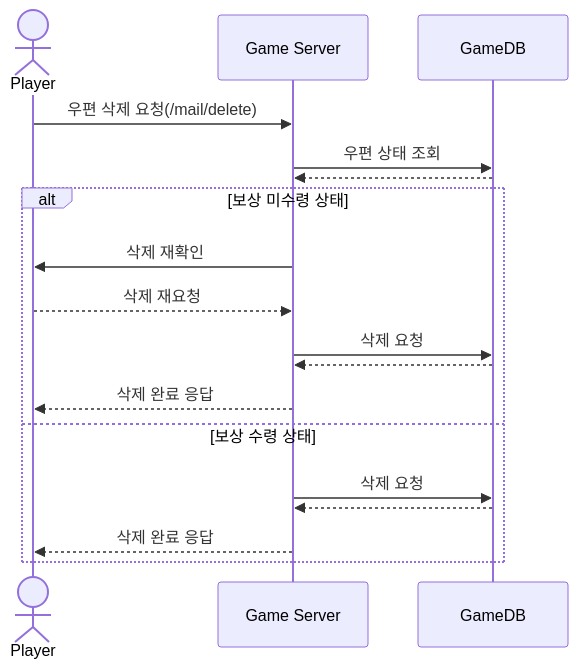
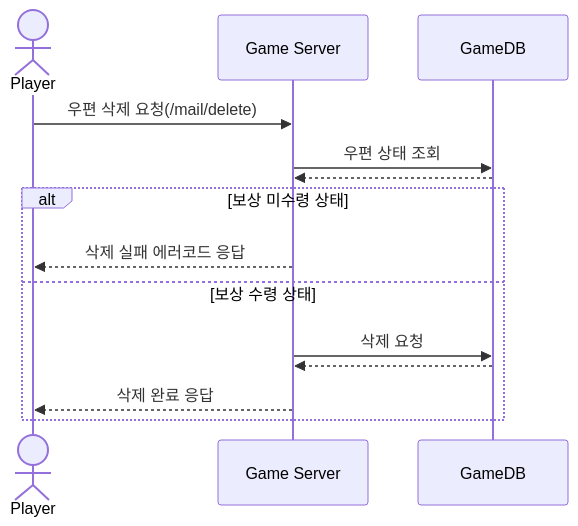
The fourth of 4 diagrams in SequenceDiagram/MailBox.md (yujinS0/Omok-Game), drawn with Mermaid before and after one commit.

````diff
--- a/SequenceDiagram/MailBox.md
+++ b/SequenceDiagram/MailBox.md
@@ -80,23 +80,18 @@
 ```mermaid
 sequenceDiagram
 	actor Player
 	participant Game Server
   	participant GameDB
 
 	Player ->> Game Server : 우편 삭제 요청(/mail/delete)
 	Game Server ->> GameDB : 우편 상태 조회
 	GameDB -->> Game Server :  
-	alt 보상 미수령 상태
-		Game Server ->> Player : 삭제 재확인
-		
-		Player -->> Game Server : 삭제 재요청
-		Game Server ->> GameDB : 삭제 요청
-		GameDB -->> Game Server: 
-		Game Server -->> Player : 삭제 완료 응답
+	alt 보상 미수령 상태 
+		Game Server -->> Player : 삭제 실패 에러코드 응답
 
 	else 보상 수령 상태
 		Game Server ->> GameDB : 삭제 요청
 		GameDB -->> Game Server:  
 		Game Server -->> Player : 삭제 완료 응답
 	end
 ```
````
